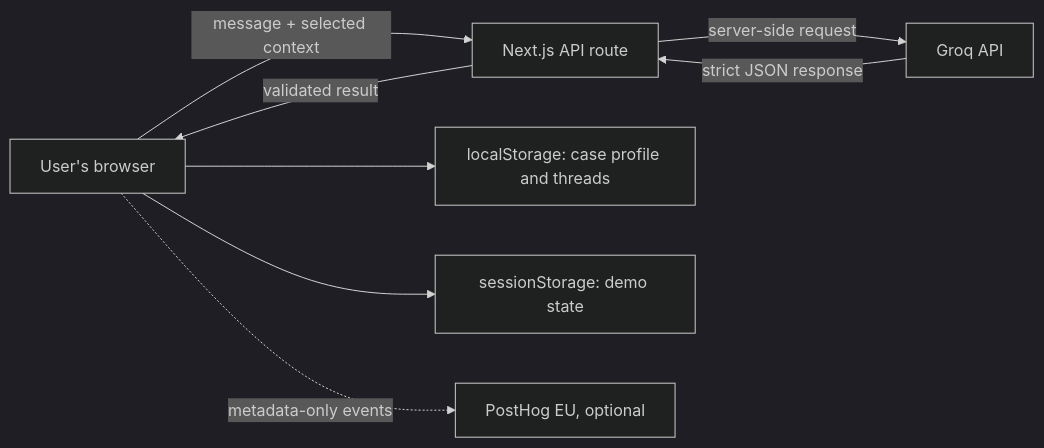
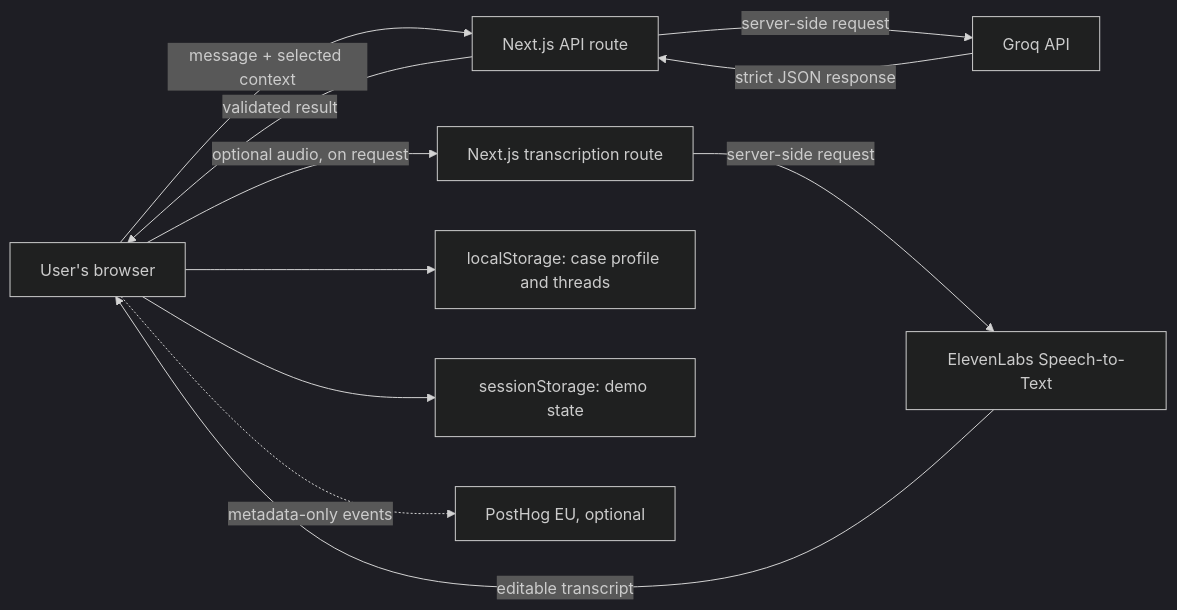
The diagram in ARCHITECTURE.md (vesperolabs/metis-open_source), drawn with Mermaid (dark theme) before and after one commit. The commit also changed other lines of this file and 16 other files, not shown here.

Commit message:
feat: add optional voice transcription

````diff
--- a/ARCHITECTURE.md
+++ b/ARCHITECTURE.md
@@ -7,10 +7,13 @@
 ```mermaid
 flowchart LR
     U["User's browser"] -->|"message + selected context"| A["Next.js API route"]
     A -->|"server-side request"| G["Groq API"]
     G -->|"strict JSON response"| A
     A -->|"validated result"| U
+    U -->|"optional audio, on request"| T["Next.js transcription route"]
+    T -->|"server-side request"| E["ElevenLabs Speech-to-Text"]
+    E -->|"editable transcript"| U
     U --> L["localStorage: case profile and threads"]
     U --> S["sessionStorage: demo state"]
     U -. "metadata-only events" .-> P["PostHog EU, optional"]
 ```
````
